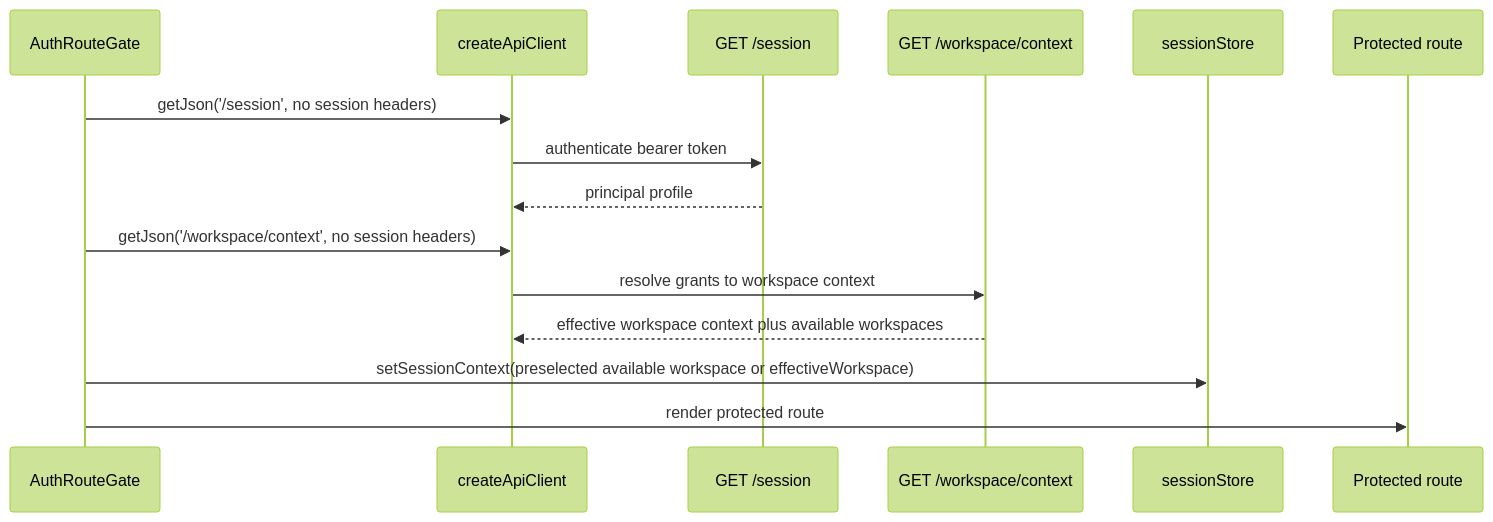
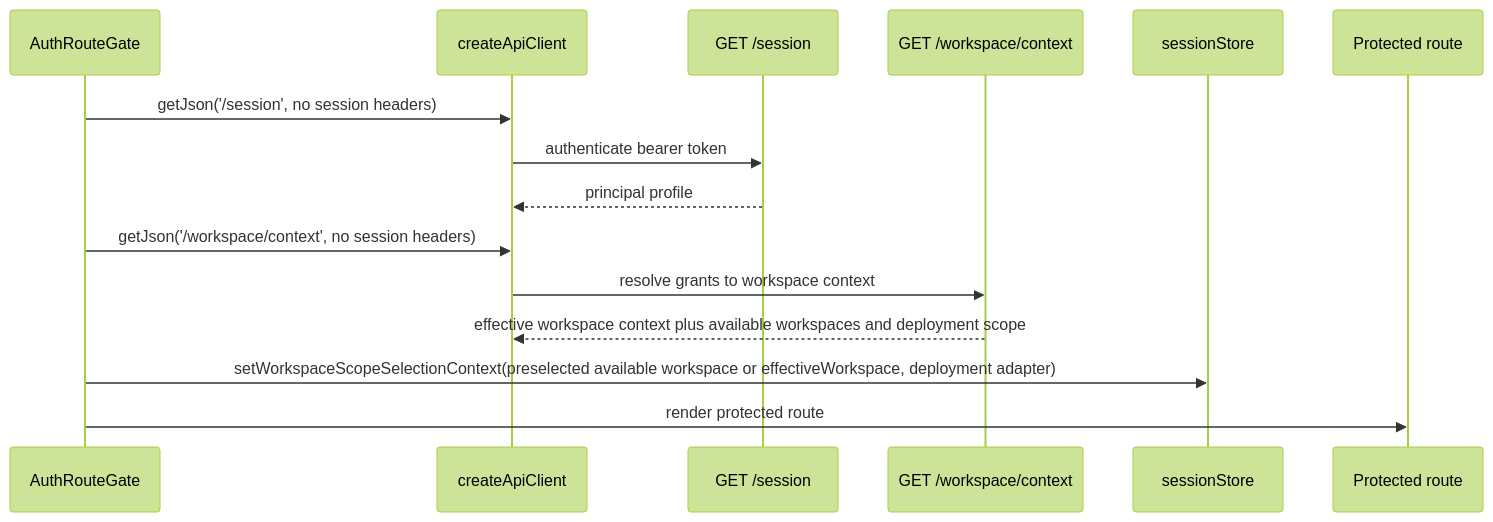
The second of 2 diagrams in docs/architecture/components/web/appshell/effective-workspace-context-component.md (dunay2/dvt), drawn with Mermaid (forest theme) before and after one commit. The commit also changed other lines of this file and 33 other files, not shown here.

Commit message:
fix(web): Expose deployment scope in workspace context

````diff
--- a/docs/architecture/components/web/appshell/effective-workspace-context-component.md
+++ b/docs/architecture/components/web/appshell/effective-workspace-context-component.md
@@ -72,18 +76,18 @@
 ```mermaid
 sequenceDiagram
   participant Gate as AuthRouteGate
   participant Api as createApiClient
   participant Session as GET /session
   participant Context as GET /workspace/context
   participant Store as sessionStore
   participant Route as Protected route
 
   Gate->>Api: getJson('/session', no session headers)
   Api->>Session: authenticate bearer token
   Session-->>Api: principal profile
   Gate->>Api: getJson('/workspace/context', no session headers)
   Api->>Context: resolve grants to workspace context
-  Context-->>Api: effective workspace context plus available workspaces
-  Gate->>Store: setSessionContext(preselected available workspace or effectiveWorkspace)
+  Context-->>Api: effective workspace context plus available workspaces and deployment scope
+  Gate->>Store: setWorkspaceScopeSelectionContext(preselected available workspace or effectiveWorkspace, deployment adapter)
   Gate->>Route: render protected route
 ```
````
